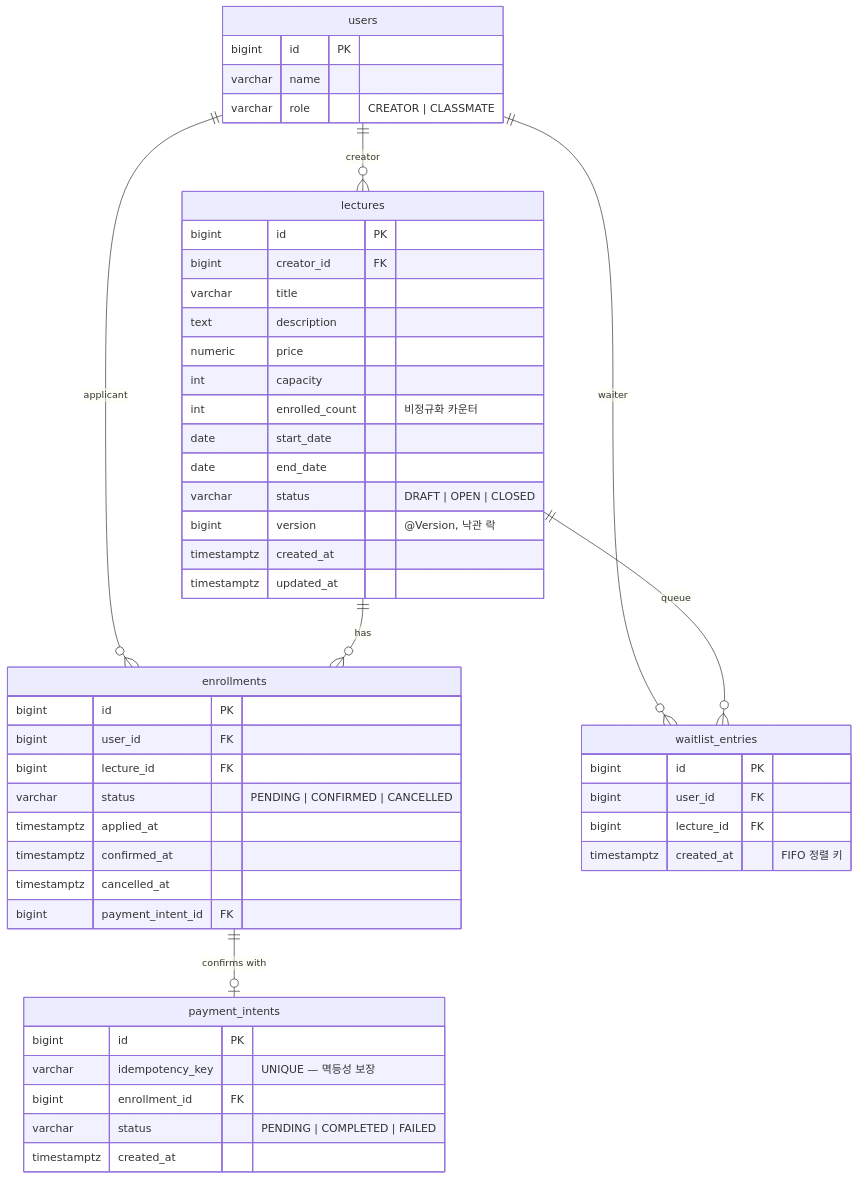
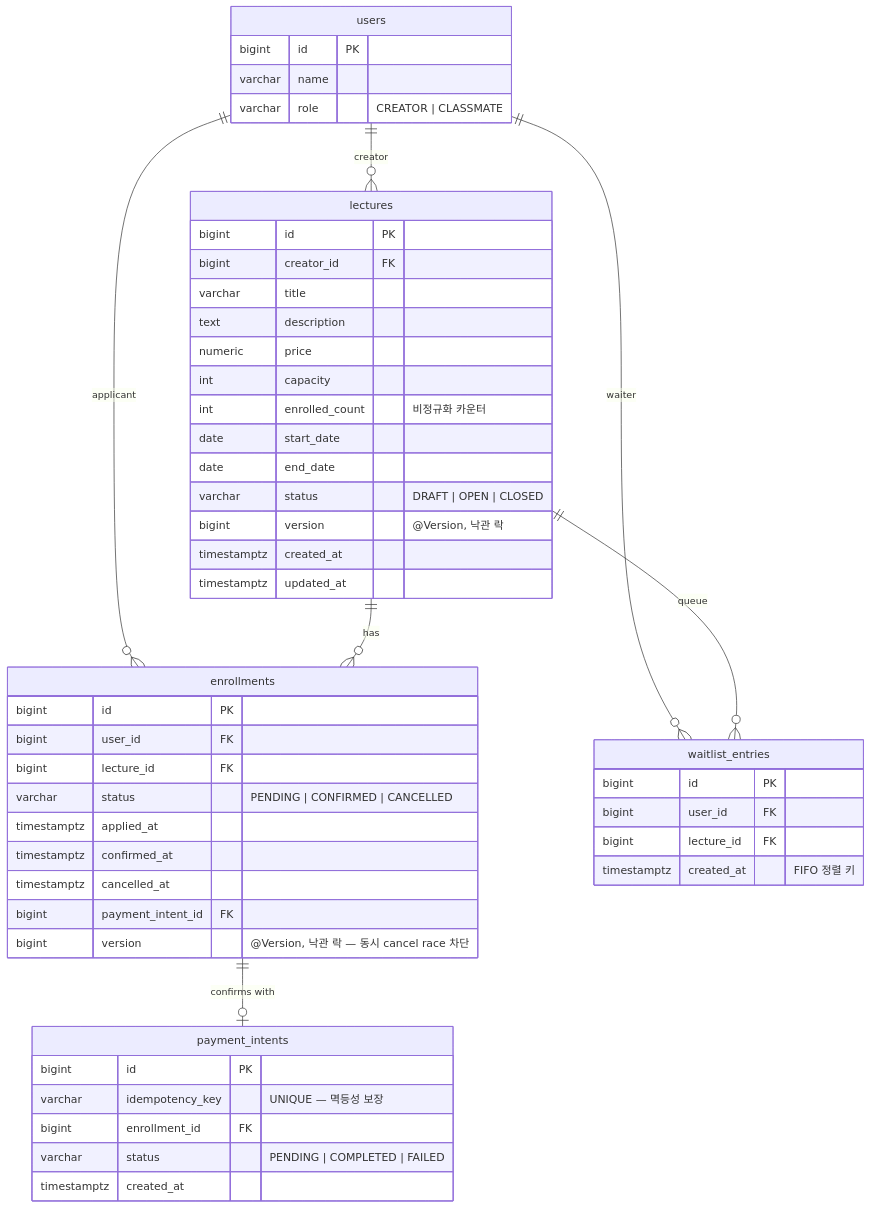
Before and after one commit to dolmaroyujinpark/be-enrollment-assignment: the diagram in docs/ERD.md, drawn with Mermaid. The commit also changed other lines of this file and 7 other files, not shown here.

````diff
--- a/docs/ERD.md
+++ b/docs/ERD.md
@@ -5,57 +5,58 @@
 ```mermaid
 erDiagram
     users ||--o{ lectures : "creator"
     users ||--o{ enrollments : "applicant"
     users ||--o{ waitlist_entries : "waiter"
     lectures ||--o{ enrollments : "has"
     lectures ||--o{ waitlist_entries : "queue"
     enrollments ||--o| payment_intents : "confirms with"
 
     users {
         bigint id PK
         varchar name
         varchar role "CREATOR | CLASSMATE"
     }
 
     lectures {
         bigint id PK
         bigint creator_id FK
         varchar title
         text description
         numeric price
         int capacity
         int enrolled_count "비정규화 카운터"
         date start_date
         date end_date
         varchar status "DRAFT | OPEN | CLOSED"
         bigint version "@Version, 낙관 락"
         timestamptz created_at
         timestamptz updated_at
     }
 
     enrollments {
         bigint id PK
         bigint user_id FK
         bigint lecture_id FK
         varchar status "PENDING | CONFIRMED | CANCELLED"
         timestamptz applied_at
         timestamptz confirmed_at
         timestamptz cancelled_at
         bigint payment_intent_id FK
+        bigint version "@Version, 낙관 락 — 동시 cancel race 차단"
     }
 
     payment_intents {
         bigint id PK
         varchar idempotency_key "UNIQUE — 멱등성 보장"
         bigint enrollment_id FK
         varchar status "PENDING | COMPLETED | FAILED"
         timestamptz created_at
     }
 
     waitlist_entries {
         bigint id PK
         bigint user_id FK
         bigint lecture_id FK
         timestamptz created_at "FIFO 정렬 키"
     }
 ```
````
